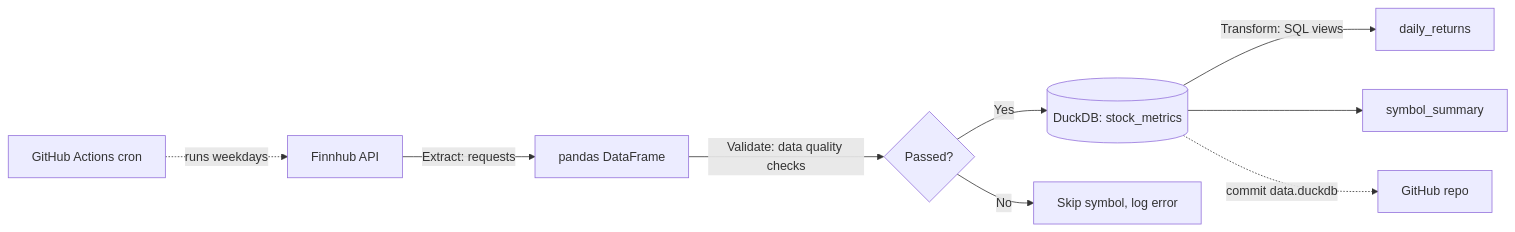
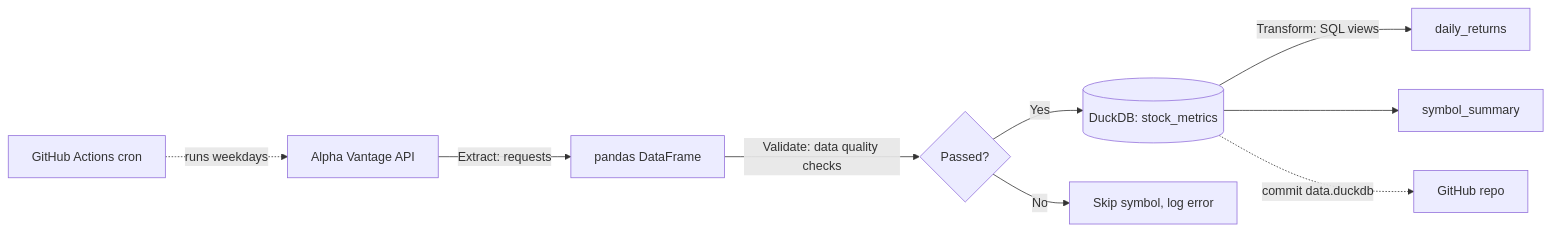
One commit to kcbailey111/Stock-Market-ELT-Pipeline changed the diagram in README.md. Above: the diagram before and after it, drawn with Mermaid. The commit also changed other lines of this file and 4 other files, not shown here.

````diff
--- a/README.md
+++ b/README.md
@@ -7,11 +7,11 @@
 ```mermaid
 flowchart LR
-    A[Finnhub API] -->|Extract: requests| B[pandas DataFrame]
+    A[Alpha Vantage API] -->|Extract: requests| B[pandas DataFrame]
     B -->|Validate: data quality checks| C{Passed?}
     C -->|Yes| D[(DuckDB: stock_metrics)]
     C -->|No| E[Skip symbol, log error]
     D -->|Transform: SQL views| F[daily_returns]
     D --> G[symbol_summary]
     H[GitHub Actions cron] -.->|runs weekdays| A
     D -.->|commit data.duckdb| I[GitHub repo]
 ```
````
